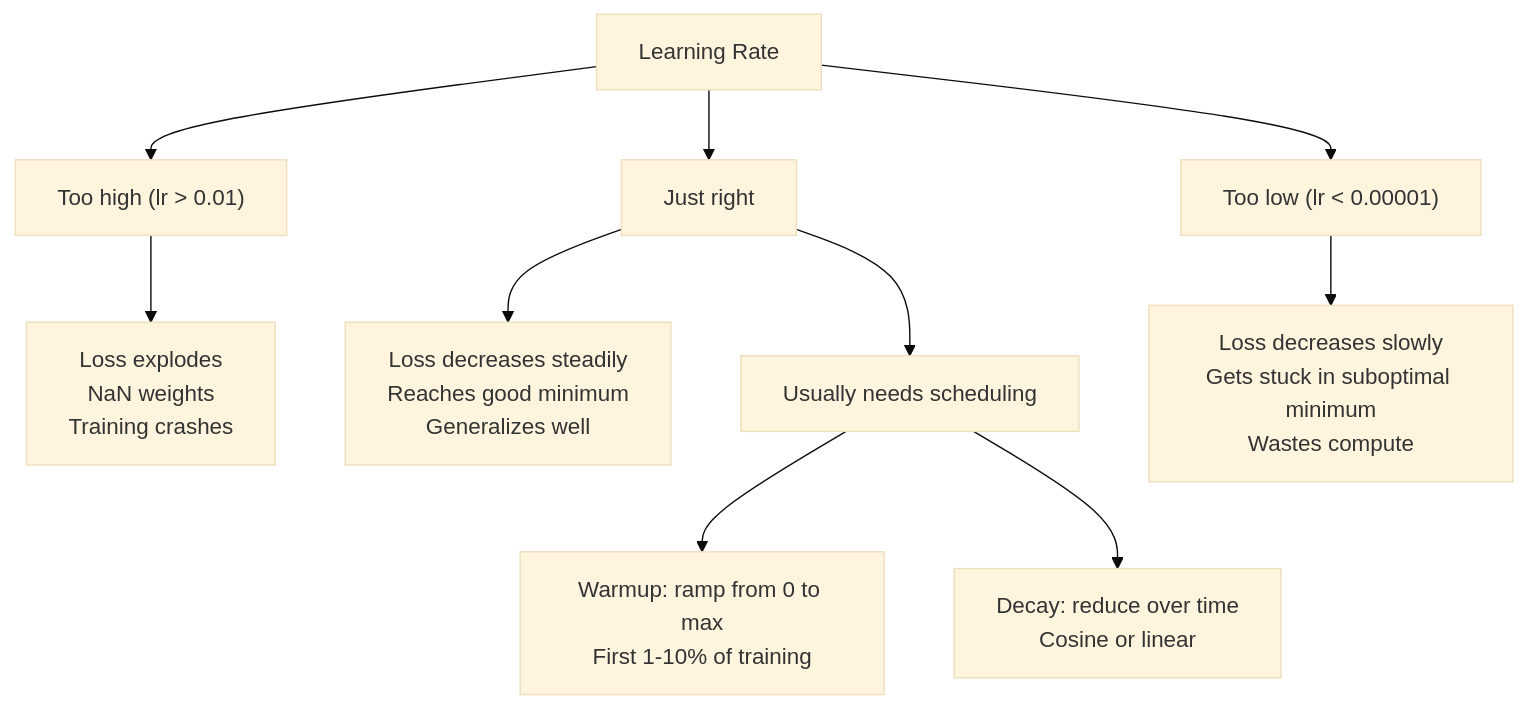
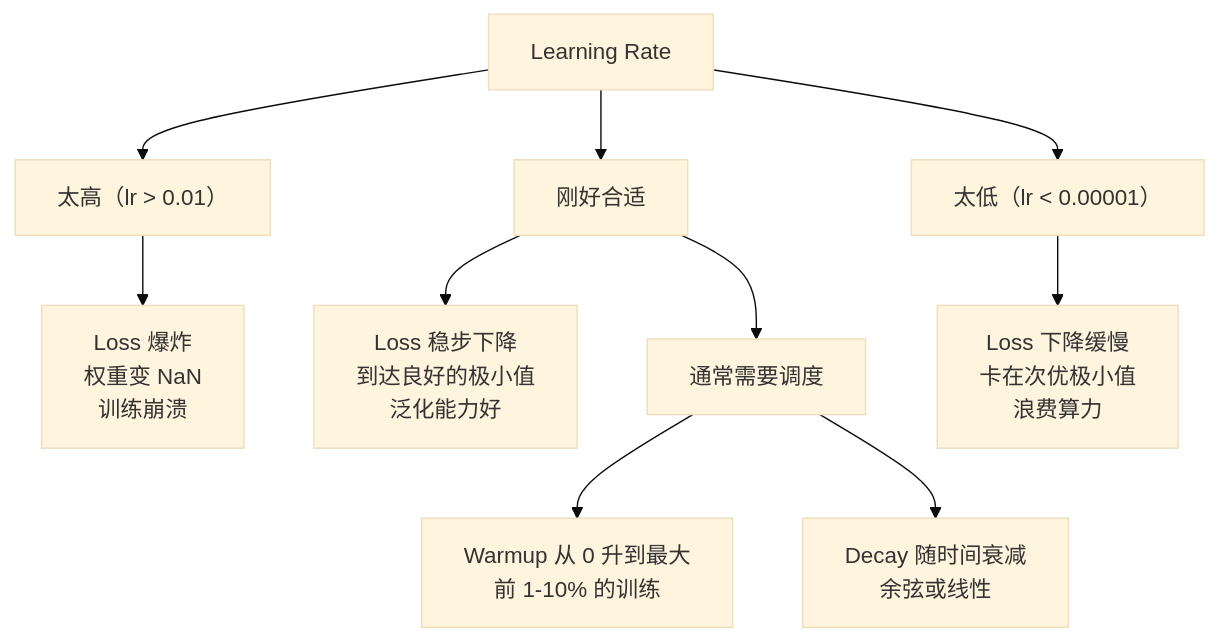
One commit to JerryC8080/ai-engineering-from-scratch-zh changed the first of 3 diagrams in phases/03-deep-learning-core/06-optimizers/docs/zh.md. Above: the diagram before and after it, drawn with Mermaid (base theme). The commit also changed other lines of this file and 156 other files, not shown here.

First line of the commit message:
i18n(zh): translate mermaid diagram labels in 157 lesson zh.md

````diff
--- a/phases/03-deep-learning-core/06-optimizers/docs/zh.md
+++ b/phases/03-deep-learning-core/06-optimizers/docs/zh.md
@@ -121,14 +121,14 @@
 ```mermaid
 graph TD
-    LR["Learning Rate"] --> TooHigh["Too high (lr > 0.01)"]
-    LR --> JustRight["Just right"]
-    LR --> TooLow["Too low (lr < 0.00001)"]
+    LR["Learning Rate"] --> TooHigh["太高（lr > 0.01）"]
+    LR --> JustRight["刚好合适"]
+    LR --> TooLow["太低（lr < 0.00001）"]
 
-    TooHigh --> Diverge["Loss explodes<br/>NaN weights<br/>Training crashes"]
-    JustRight --> Converge["Loss decreases steadily<br/>Reaches good minimum<br/>Generalizes well"]
-    TooLow --> Stall["Loss decreases slowly<br/>Gets stuck in suboptimal minimum<br/>Wastes compute"]
+    TooHigh --> Diverge["Loss 爆炸<br/>权重变 NaN<br/>训练崩溃"]
+    JustRight --> Converge["Loss 稳步下降<br/>到达良好的极小值<br/>泛化能力好"]
+    TooLow --> Stall["Loss 下降缓慢<br/>卡在次优极小值<br/>浪费算力"]
 
-    JustRight --> Schedule["Usually needs scheduling"]
-    Schedule --> Warmup["Warmup: ramp from 0 to max<br/>First 1-10% of training"]
-    Schedule --> Decay["Decay: reduce over time<br/>Cosine or linear"]
+    JustRight --> Schedule["通常需要调度"]
+    Schedule --> Warmup["Warmup 从 0 升到最大<br/>前 1-10% 的训练"]
+    Schedule --> Decay["Decay 随时间衰减<br/>余弦或线性"]
 ```
````
